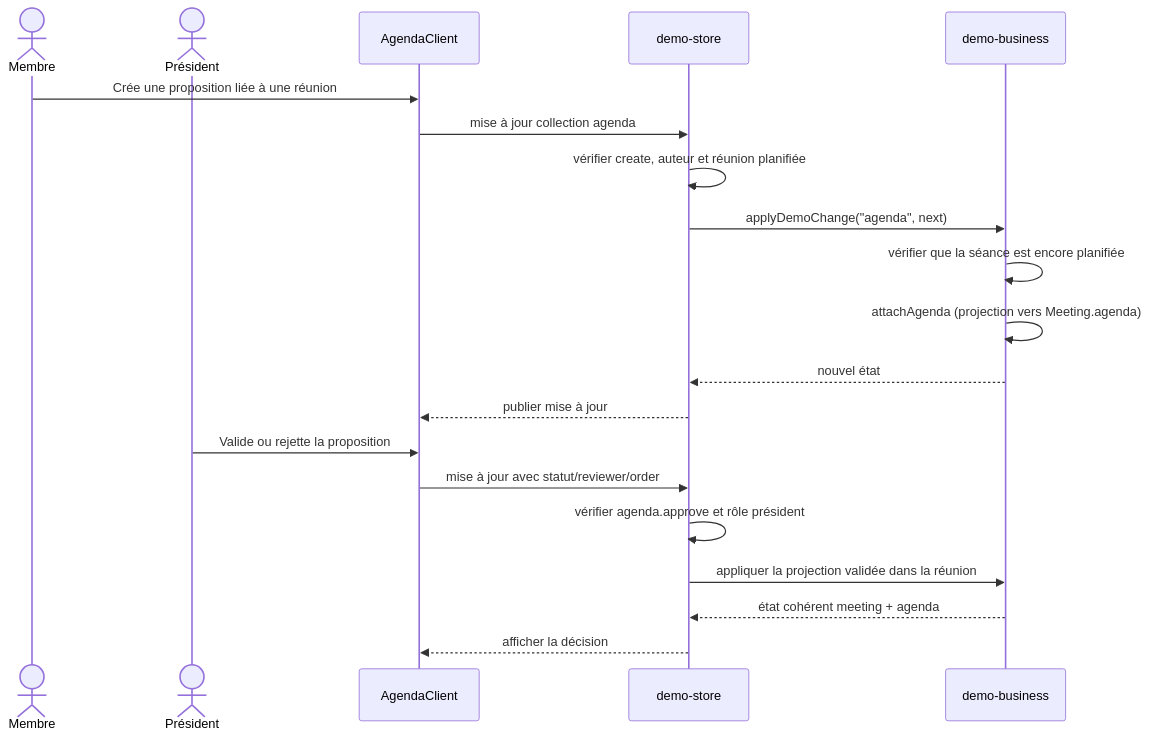
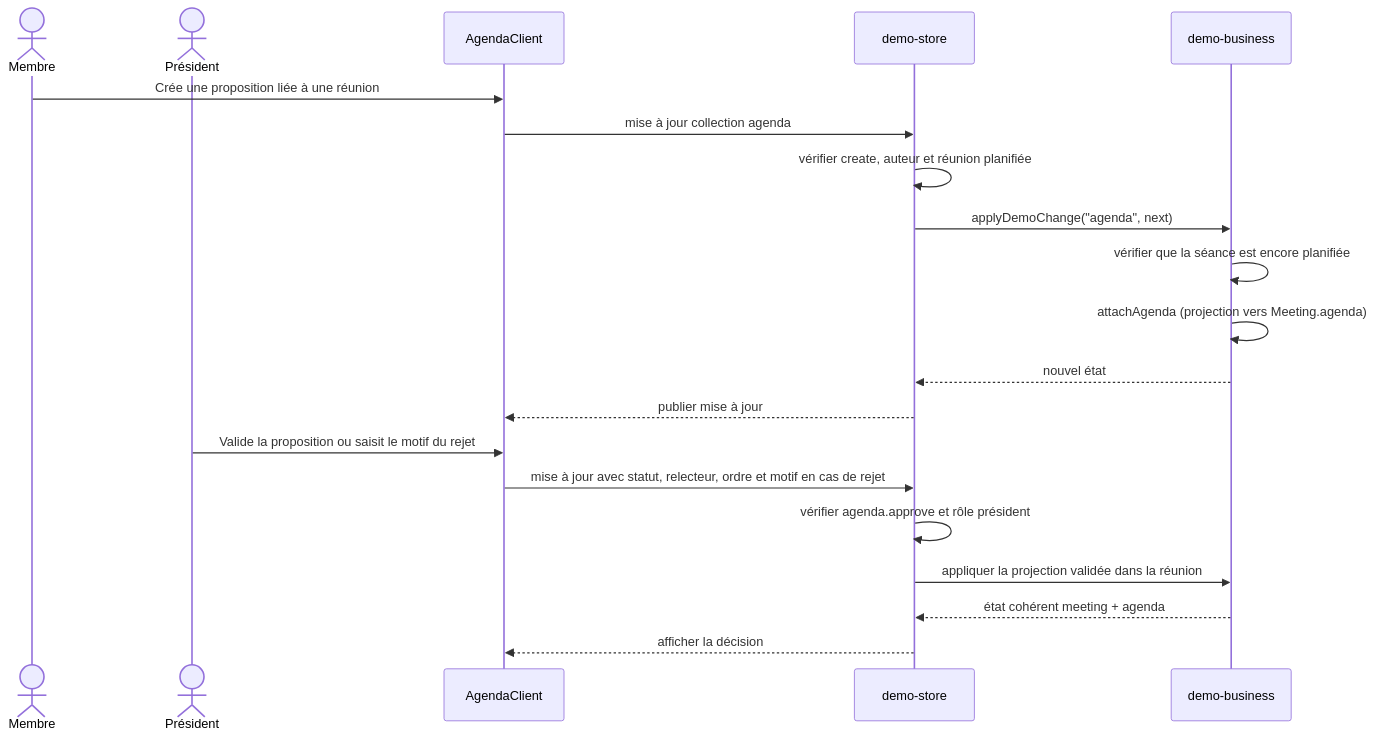
Before and after one commit to nassimbelaid-dev/devrangers-projet-devops: the fourth of 8 diagrams in docs/ARCHITECTURE.md, drawn with Mermaid. The commit also changed other lines of this file and 55 other files, not shown here.

````diff
--- a/docs/ARCHITECTURE.md
+++ b/docs/ARCHITECTURE.md
@@ -404,22 +404,22 @@
 ```mermaid
 sequenceDiagram
   actor M as Membre
   actor P as Président
   participant UI as AgendaClient
   participant Store as demo-store
   participant Biz as demo-business
   M->>UI: Crée une proposition liée à une réunion
   UI->>Store: mise à jour collection agenda
   Store->>Store: vérifier create, auteur et réunion planifiée
   Store->>Biz: applyDemoChange("agenda", next)
   Biz->>Biz: vérifier que la séance est encore planifiée
   Biz->>Biz: attachAgenda (projection vers Meeting.agenda)
   Biz-->>Store: nouvel état
   Store-->>UI: publier mise à jour
-  P->>UI: Valide ou rejette la proposition
-  UI->>Store: mise à jour avec statut/reviewer/order
+  P->>UI: Valide la proposition ou saisit le motif du rejet
+  UI->>Store: mise à jour avec statut, relecteur, ordre et motif en cas de rejet
   Store->>Store: vérifier agenda.approve et rôle président
   Store->>Biz: appliquer la projection validée dans la réunion
   Biz-->>Store: état cohérent meeting + agenda
   Store-->>UI: afficher la décision
 ```
````
